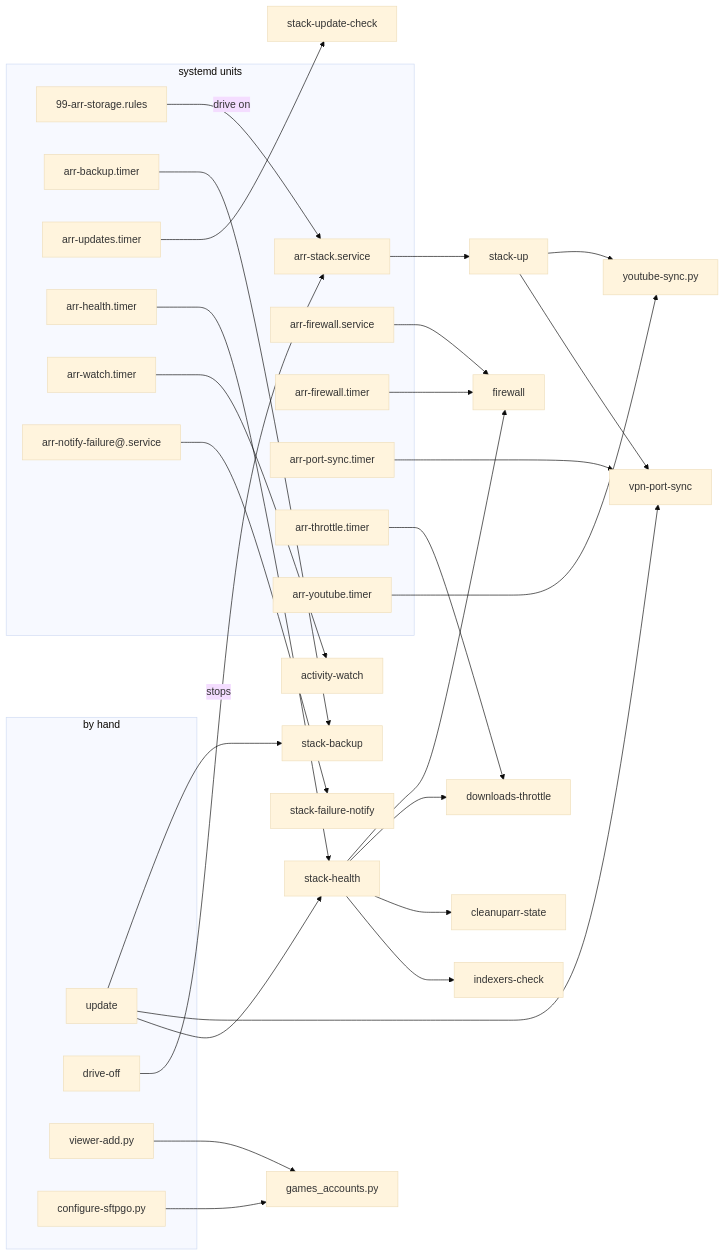
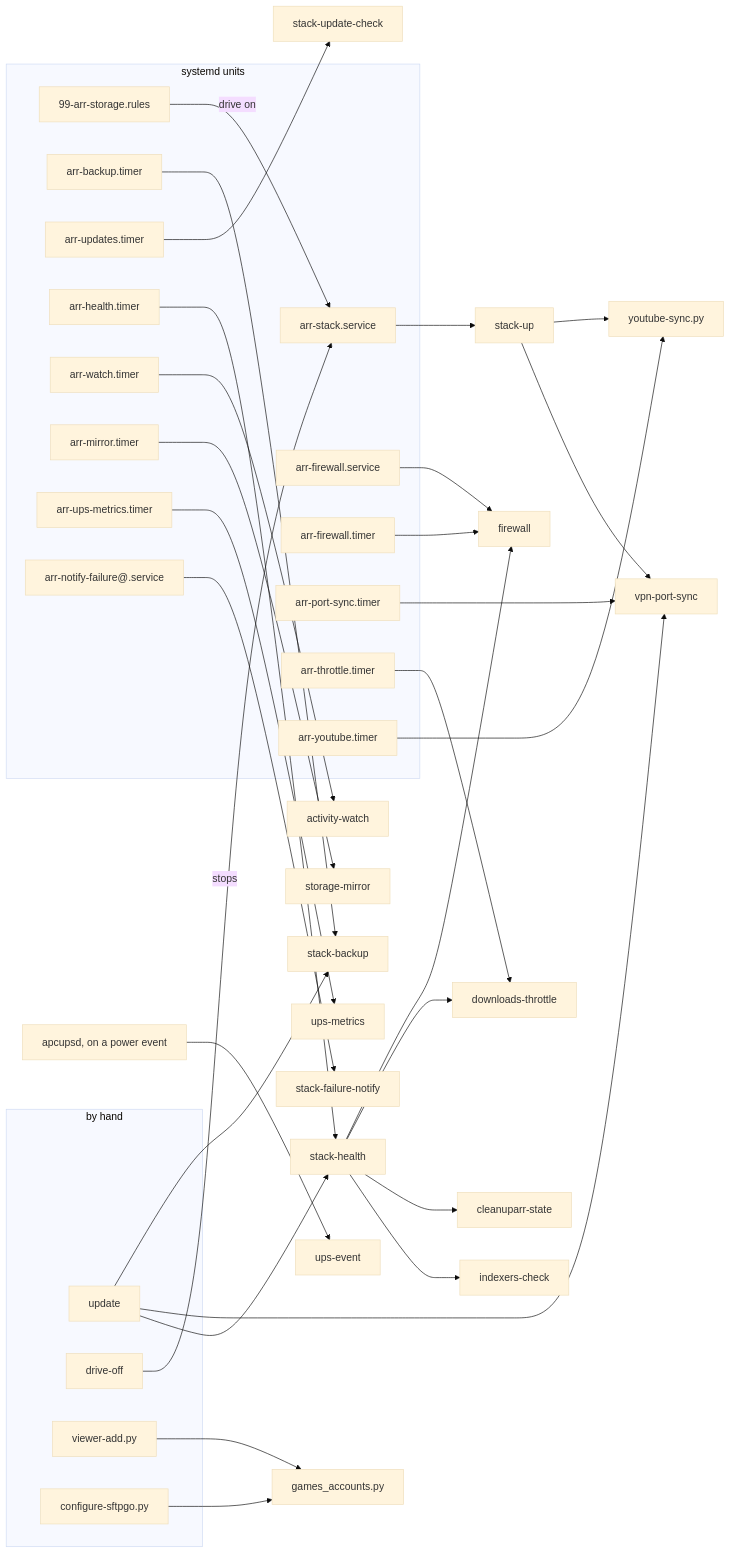
The diagram in docs/reference/scripts.md (bugrauluyurt/homelab-media-stack), drawn with Mermaid (base theme) before and after one commit. The commit also changed other lines of this file and 36 other files, not shown here.

First line of the commit message:
feat(storage): mirror media to a backup drive and shut down on ups (#50)

````diff
--- a/docs/reference/scripts.md
+++ b/docs/reference/scripts.md
@@ -67,47 +70,52 @@
 ```mermaid
 flowchart LR
   subgraph units["systemd units"]
     udev["99-arr-storage.rules"]
     stacksvc["arr-stack.service"]
     fwsvc["arr-firewall.service"]
     fwtimer["arr-firewall.timer"]
     porttimer["arr-port-sync.timer"]
     backuptimer["arr-backup.timer"]
     updtimer["arr-updates.timer"]
     healthtimer["arr-health.timer"]
     watchtimer["arr-watch.timer"]
     throttletimer["arr-throttle.timer"]
     yttimer["arr-youtube.timer"]
+    mirrortimer["arr-mirror.timer"]
+    upstimer["arr-ups-metrics.timer"]
     failsvc["arr-notify-failure@.service"]
   end
   subgraph hand["by hand"]
     update["update"]
     storageoff["drive-off"]
     addviewer["viewer-add.py"]
     confsftpgo["configure-sftpgo.py"]
   end
   udev -->|"drive on"| stacksvc
   stacksvc --> stackup["stack-up"]
   fwsvc --> firewall["firewall"]
   fwtimer --> firewall
   porttimer --> syncport["vpn-port-sync"]
   backuptimer --> backup["stack-backup"]
   updtimer --> checkupd["stack-update-check"]
   healthtimer --> health["stack-health"]
   watchtimer --> watch["activity-watch"]
   throttletimer --> throttle["downloads-throttle"]
   yttimer --> youtube["youtube-sync.py"]
+  mirrortimer --> mirror["storage-mirror"]
+  upstimer --> upsmetrics["ups-metrics"]
+  apcupsd["apcupsd, on a power event"] --> upsevent["ups-event"]
   failsvc --> notifyfail["stack-failure-notify"]
   stackup --> youtube
   stackup --> syncport
   update --> backup
   update --> syncport
   update --> health
   storageoff -->|"stops"| stacksvc
   health --> firewall
   health --> throttle
   health --> cstate["cleanuparr-state"]
   health --> checkidx["indexers-check"]
   addviewer --> games["games_accounts.py"]
   confsftpgo --> games
 ```
````
